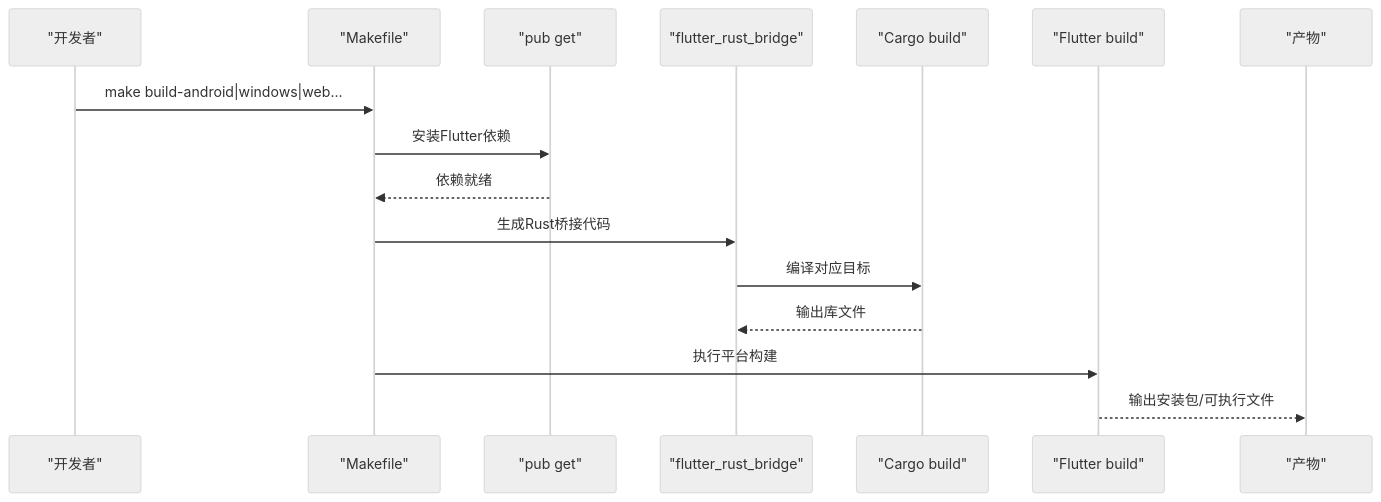
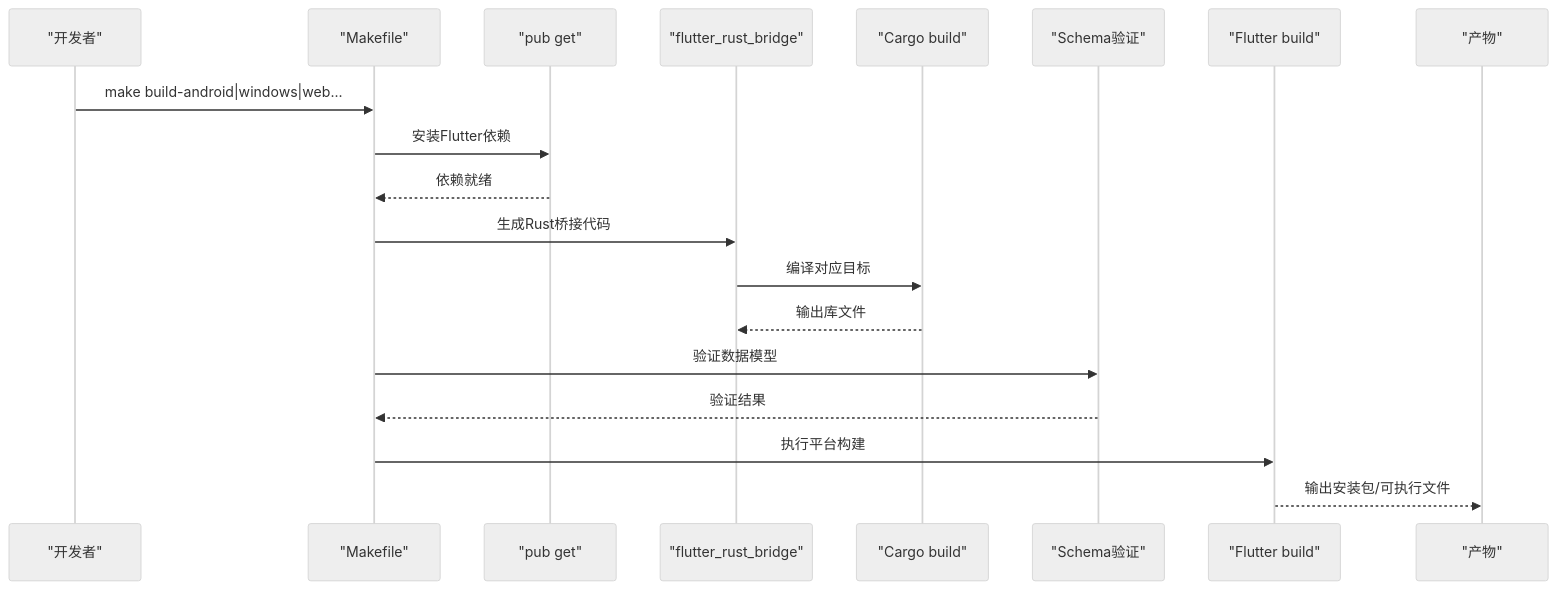
Before and after one commit to ZhangGHGitHub/LegadoTeamFlutter: the fourth of 10 diagrams in .qoder/repowiki/zh/content/构建和部署/构建和部署.md, drawn with Mermaid (neutral theme). The commit also changed other lines of this file and 58 other files, not shown here.

````diff
--- a/.qoder/repowiki/zh/content/构建和部署/构建和部署.md
+++ b/.qoder/repowiki/zh/content/构建和部署/构建和部署.md
@@ -233,18 +256,21 @@
 ```mermaid
 sequenceDiagram
 participant Dev as "开发者"
 participant MK as "Makefile"
 participant PUB as "pub get"
 participant FRB as "flutter_rust_bridge"
 participant RUST as "Cargo build"
+participant SCHEMA as "Schema验证"
 participant FLUTTER as "Flutter build"
 participant OUT as "产物"
 Dev->>MK : make build-android|windows|web...
 MK->>PUB : 安装Flutter依赖
 PUB-->>MK : 依赖就绪
 MK->>FRB : 生成Rust桥接代码
 FRB->>RUST : 编译对应目标
 RUST-->>FRB : 输出库文件
+MK->>SCHEMA : 验证数据模型
+SCHEMA-->>MK : 验证结果
 MK->>FLUTTER : 执行平台构建
 FLUTTER-->>OUT : 输出安装包/可执行文件
 ```
````
